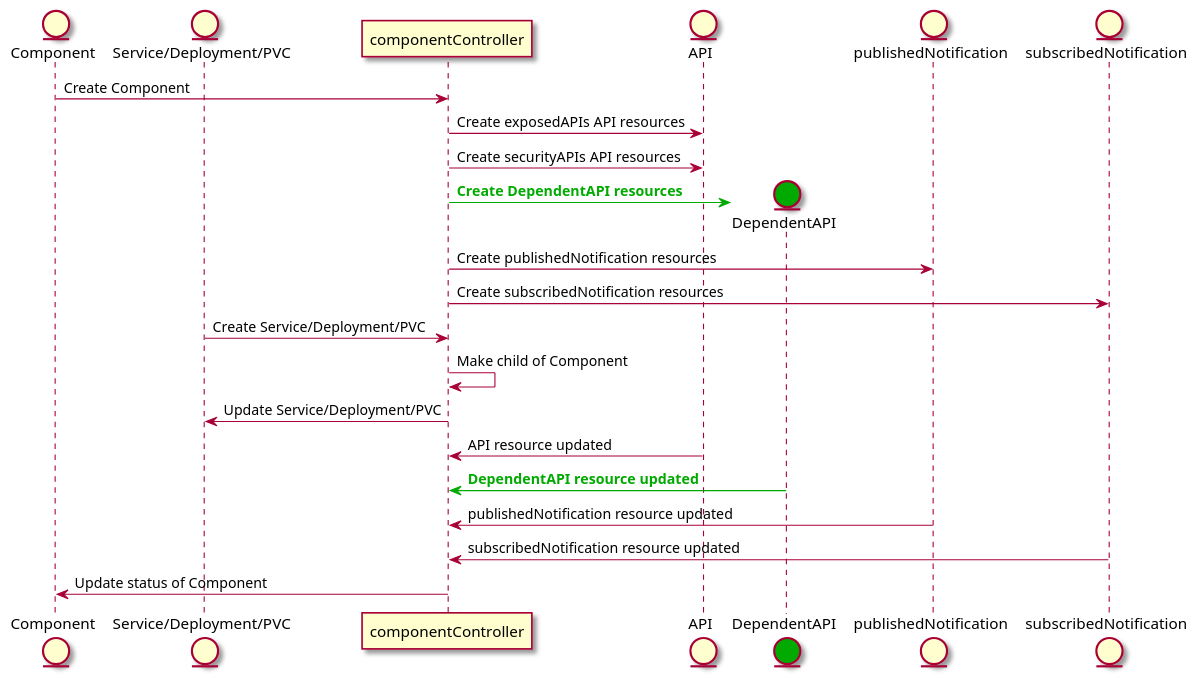
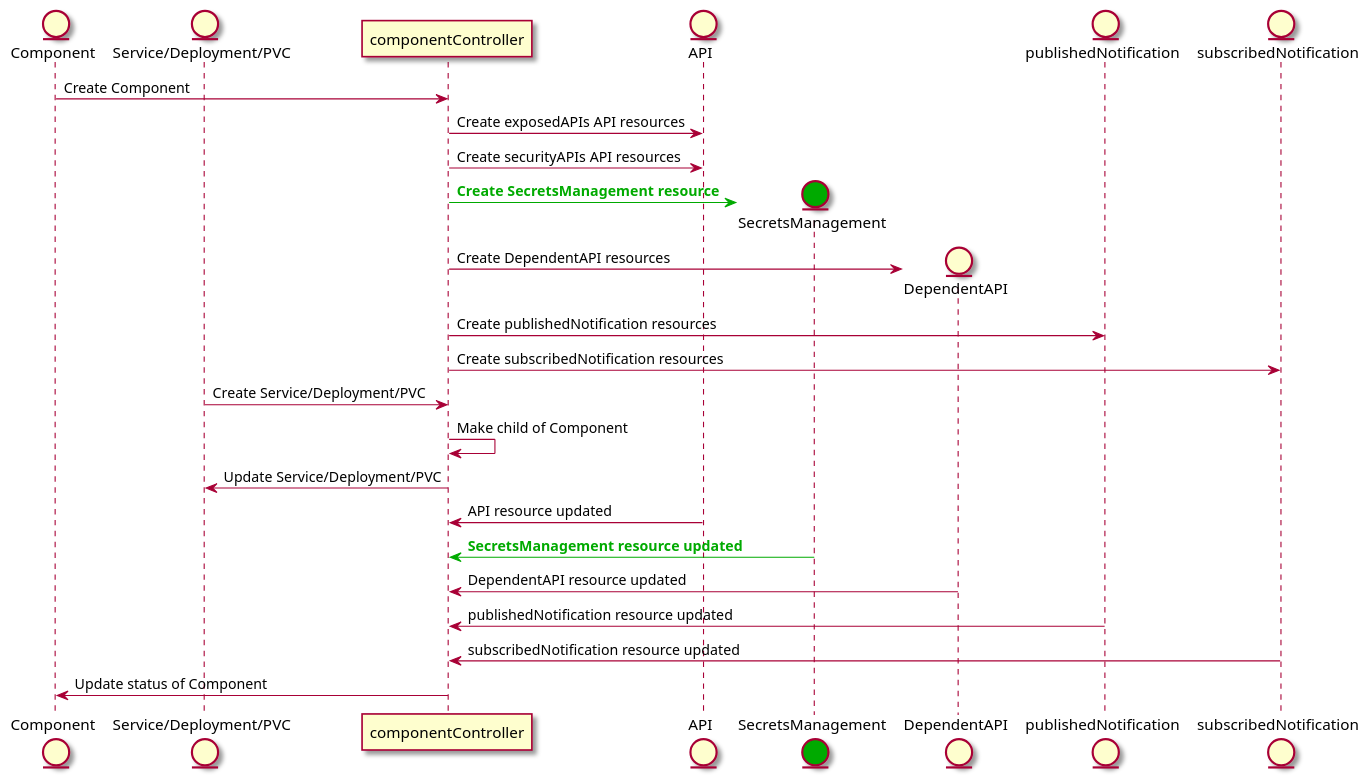
One commit to tmforum-oda/oda-canvas changed the diagram in source/operators/componentOperator/sequenceDiagrams/componentOperator.puml. Above: the diagram before and after it, drawn with PlantUML. The commit also changed 2 other files, not shown here.

```diff
--- a/source/operators/componentOperator/sequenceDiagrams/componentOperator.puml
+++ b/source/operators/componentOperator/sequenceDiagrams/componentOperator.puml
@@ -1,30 +1,33 @@
 @startuml
 skin rose 
 
 entity Component
 entity "Service/Deployment/PVC"
 participant componentController
 entity API
-entity DependentAPI #00AA00
+entity SecretsManagement #00AA00
+entity DependentAPI 
 entity publishedNotification
 entity subscribedNotification
 
 Component-> componentController: Create Component
 componentController -> API: Create exposedAPIs API resources
 componentController -> API: Create securityAPIs API resources
-componentController -[#00AA00]> DependentAPI **: <b><color:#00AA00>Create DependentAPI resources</color></b> 
+componentController -[#00AA00]> SecretsManagement **: <b><color:#00AA00>Create SecretsManagement resource</color></b>
+componentController -> DependentAPI **: Create DependentAPI resources
 componentController -> publishedNotification: Create publishedNotification resources
 componentController -> subscribedNotification: Create subscribedNotification resources
 
 
 "Service/Deployment/PVC"-> componentController: Create Service/Deployment/PVC
 componentController-> componentController: Make child of Component
 componentController-> "Service/Deployment/PVC": Update Service/Deployment/PVC
 
 API-> componentController: API resource updated 
-DependentAPI-[#00AA00]> componentController : <b><color:#00AA00>DependentAPI resource updated</color></b> 
+SecretsManagement-[#00AA00]> componentController : <b><color:#00AA00>SecretsManagement resource updated</color></b> 
+DependentAPI-> componentController : DependentAPI resource updated 
 publishedNotification-> componentController: publishedNotification resource updated 
 subscribedNotification-> componentController: subscribedNotification resource updated 
 componentController -> Component: Update status of Component
 
 @enduml
```
